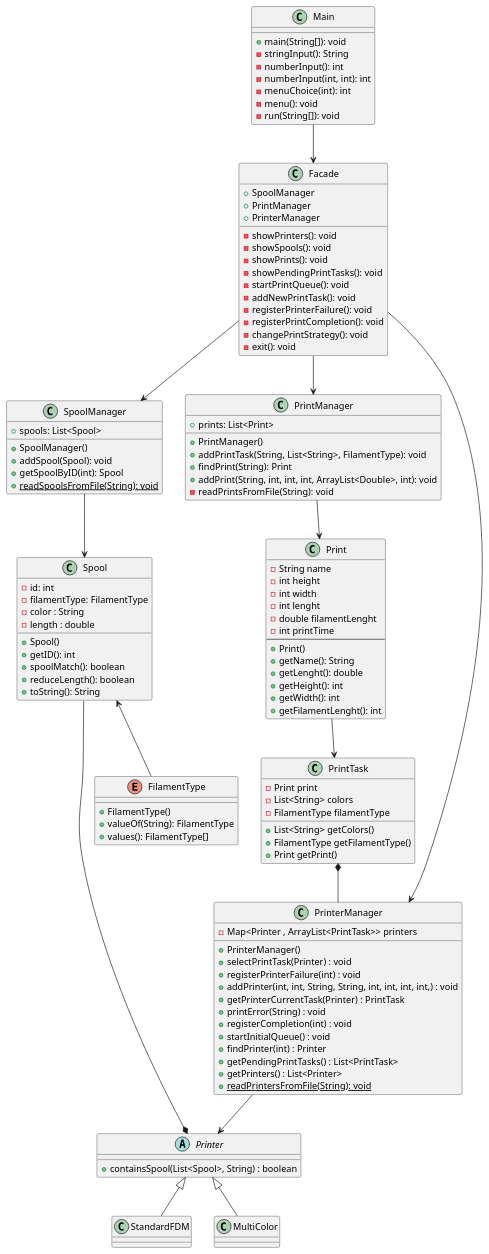
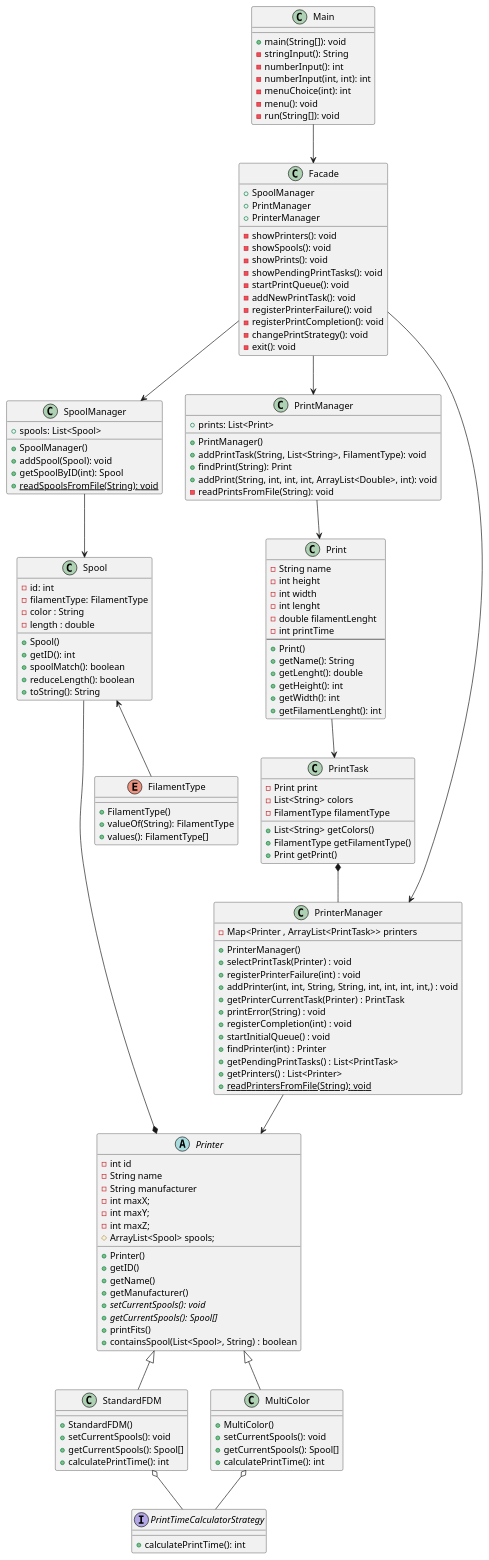
The diagram in docs/Diagrams/full diagrams/Class Diagram 2.1 1part.puml (rtavares14/System-Design), drawn with PlantUML before and after one commit.

Commit message:
updated class diagrammmmmm

```diff
--- a/docs/Diagrams/full diagrams/Class Diagram 2.1 1part.puml
+++ b/docs/Diagrams/full diagrams/Class Diagram 2.1 1part.puml
@@ -1,134 +1,163 @@
 @startuml
 'https://plantuml.com/sequence-diagram
 
 class Main {
     + main(String[]): void
     - stringInput(): String
     - numberInput(): int
     - numberInput(int, int): int
     - menuChoice(int): int
     - menu(): void
     - run(String[]): void
 }
 
 class Facade {
     + SpoolManager
     + PrintManager
     + PrinterManager
     - showPrinters(): void
     - showSpools(): void
     - showPrints(): void
     - showPendingPrintTasks(): void
     - startPrintQueue(): void
     - addNewPrintTask(): void
     - registerPrinterFailure(): void
     - registerPrintCompletion(): void
     - changePrintStrategy(): void
     - exit(): void
 }
 
 class PrintManager {
     + PrintManager()
     + addPrintTask(String, List<String>, FilamentType): void
     + findPrint(String): Print
     + addPrint(String, int, int, int, ArrayList<Double>, int): void
     - readPrintsFromFile(String): void
     + prints: List<Print>
 }
 
 class SpoolManager {
     + SpoolManager()
     + addSpool(Spool): void
     + getSpoolByID(int): Spool
     + {static} readSpoolsFromFile(String): void
     + spools: List<Spool>
 }
 
 class PrinterManager {
        - Map<Printer , ArrayList<PrintTask>> printers
        + PrinterManager()
        + selectPrintTask(Printer) : void
        + registerPrinterFailure(int) : void
        + addPrinter(int, int, String, String, int, int, int, int,) : void
        + getPrinterCurrentTask(Printer) : PrintTask
        + printError(String) : void
        + registerCompletion(int) : void
      + startInitialQueue() : void
      + findPrinter(int) : Printer
      + getPendingPrintTasks() : List<PrintTask>
      + getPrinters() : List<Printer>
      + {static}readPrintersFromFile(String): void
 }
 
 abstract class Printer{
-      + containsSpool(List<Spool>, String) : boolean
+- int id
+- String name
+- String manufacturer
+- int maxX;
+- int maxY;
+- int maxZ;
+# ArrayList<Spool> spools;
++ Printer()
++ getID()
++ getName()
++ getManufacturer()
++ {abstract} setCurrentSpools(): void
++ {abstract} getCurrentSpools(): Spool[]
++ printFits()
++ containsSpool(List<Spool>, String) : boolean
 }
+class StandardFDM{
++ StandardFDM()
++ setCurrentSpools(): void
++ getCurrentSpools(): Spool[]
++ calculatePrintTime(): int
+}
+class MultiColor{
++ MultiColor()
++ setCurrentSpools(): void
++ getCurrentSpools(): Spool[]
++ calculatePrintTime(): int
+}
+
+interface PrintTimeCalculatorStrategy{
+ + calculatePrintTime(): int
+}
+
 
 class Print{
 - String name
 - int height
 - int width
 - int lenght
 - double filamentLenght
 - int printTime
 ---
 + Print()
 + getName(): String
 + getLenght(): double
 + getHeight(): int
 + getWidth(): int
 + getFilamentLenght(): int
 }
 
 class PrintTask{
 - Print print
 - List<String> colors
 - FilamentType filamentType
 + List<String> getColors()
 + FilamentType getFilamentType()
 + Print getPrint()
 }
 
 class Spool{
     + Spool()
     - id: int
     - filamentType: FilamentType
     - color : String
     - length : double
     + getID(): int
     + spoolMatch(): boolean
     + reduceLength(): boolean
     + toString(): String
 }
 
 enum FilamentType{
   + FilamentType()
   + valueOf(String): FilamentType
   + values(): FilamentType[]
 }
 
-class StandardFDM{}
-class MultiColor{}
-
 
 Main -down-> Facade
 
 Facade -down-> SpoolManager
 SpoolManager -down-> Spool
 Spool <-- FilamentType
 Spool --* Printer
 
 Facade -down-> PrintManager
 PrintManager -down-> Print
 Print -down-> PrintTask
 PrintTask *-- PrinterManager
 
 Facade -down-> PrinterManager
 PrinterManager -down-> Printer
 Printer <|-- StandardFDM
 Printer <|-- MultiColor
-
+StandardFDM o-- PrintTimeCalculatorStrategy
+MultiColor o-- PrintTimeCalculatorStrategy
 
 
 
 @enduml
```
